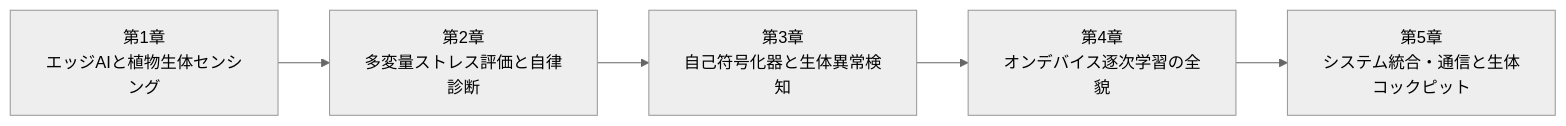
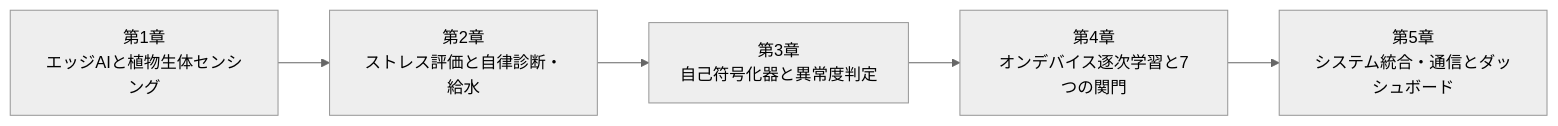
One commit to horned128/plant-doctor changed the first of 2 diagrams in docs/textbook/README.md. Above: the diagram before and after it, drawn with Mermaid (neutral theme). The commit also changed other lines of this file and 28 other files, not shown here.

````diff
--- a/docs/textbook/README.md
+++ b/docs/textbook/README.md
@@ -11,7 +11,7 @@
 ```mermaid
 flowchart LR
-    C1["第1章<br/>エッジAIと植物生体センシング"] --> C2["第2章<br/>多変量ストレス評価と自律診断"]
-    C2 --> C3["第3章<br/>自己符号化器と生体異常検知"]
-    C3 --> C4["第4章<br/>オンデバイス逐次学習の全貌"]
-    C4 --> C5["第5章<br/>システム統合・通信と生体コックピット"]
+    C1["第1章<br/>エッジAIと植物生体センシング"] --> C2["第2章<br/>ストレス評価と自律診断・給水"]
+    C2 --> C3["第3章<br/>自己符号化器と異常度判定"]
+    C3 --> C4["第4章<br/>オンデバイス逐次学習と7つの関門"]
+    C4 --> C5["第5章<br/>システム統合・通信とダッシュボード"]
 ```
````
